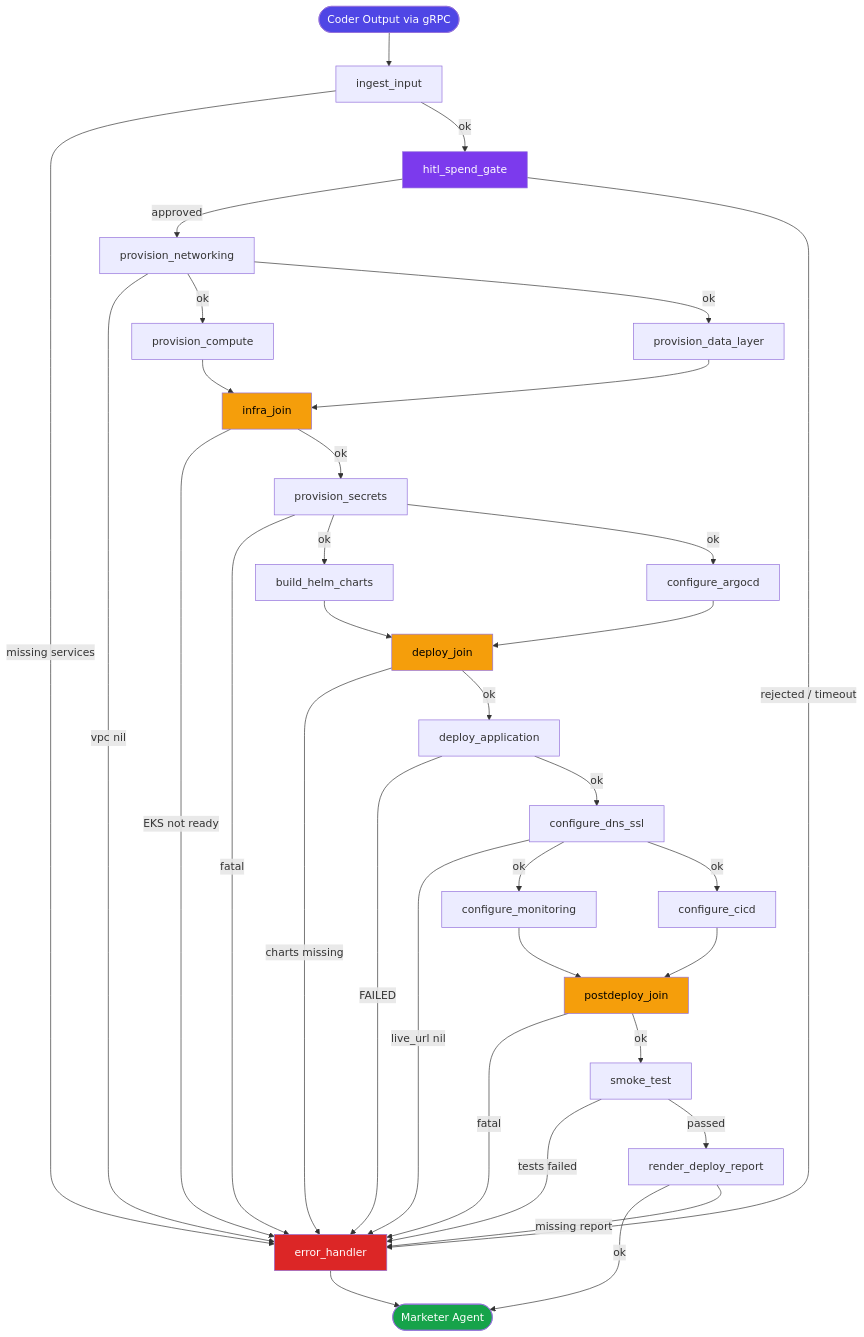
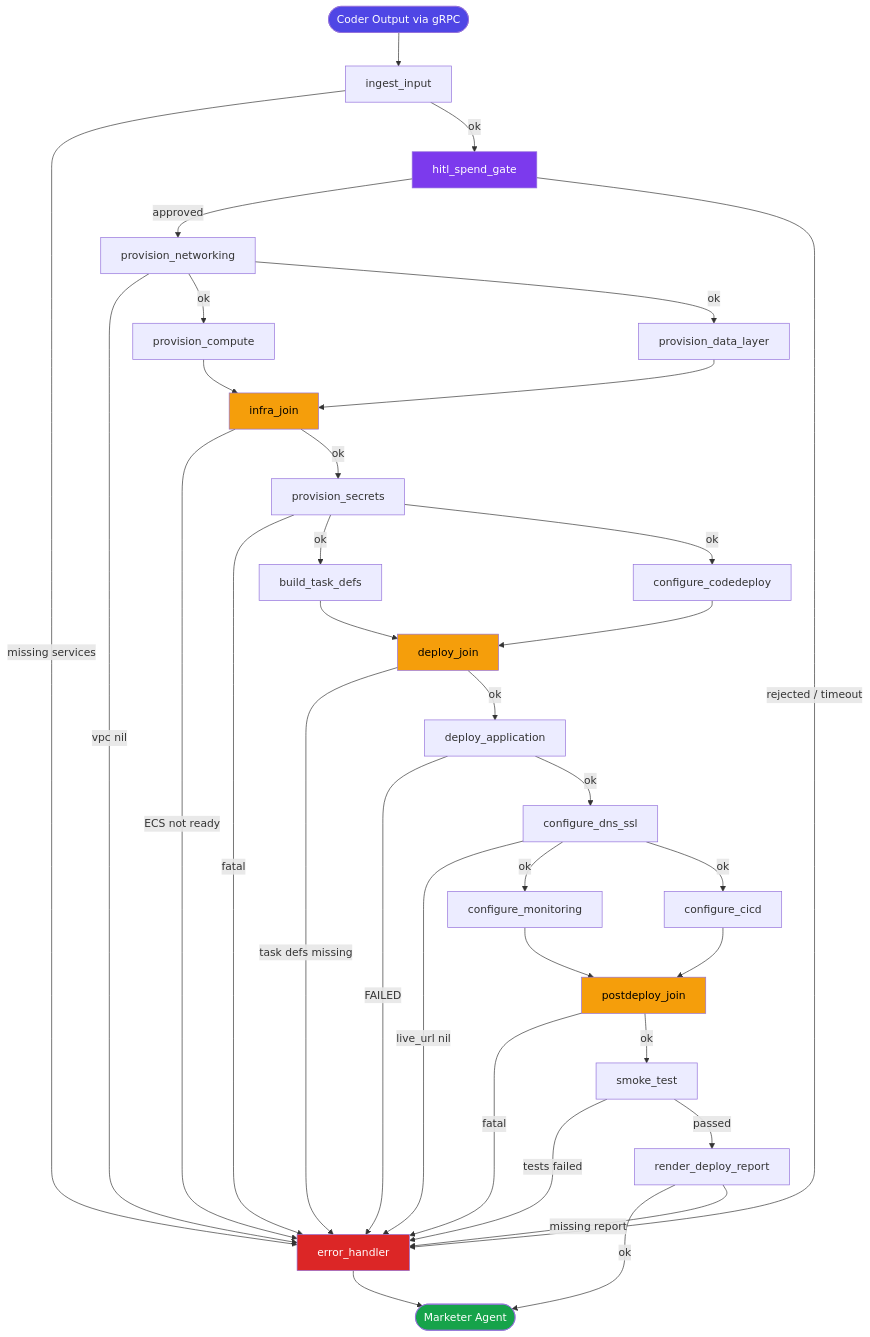
Before and after one commit to kaushraj1/AutoFounder: the first of 5 diagrams in docs/architecture/Agents-Architecture/devops-agent.md, drawn with Mermaid. The commit also changed other lines of this file and 9 other files, not shown here.

First line of the commit message:
refactor(docs): migrate docs/architecture to the canonical stack

````diff
--- a/docs/architecture/Agents-Architecture/devops-agent.md
+++ b/docs/architecture/Agents-Architecture/devops-agent.md
@@ -711,56 +711,56 @@
 ```mermaid
 flowchart TD
     START([Coder Output via gRPC]) --> ingest_input
 
     ingest_input -->|missing services| error_handler
     ingest_input -->|ok| hitl_spend_gate
 
     hitl_spend_gate -->|approved| provision_networking
     hitl_spend_gate -->|rejected / timeout| error_handler
 
     provision_networking -->|vpc nil| error_handler
     provision_networking -->|ok| provision_compute & provision_data_layer
 
     provision_compute    --> infra_join
     provision_data_layer --> infra_join
 
-    infra_join -->|EKS not ready| error_handler
+    infra_join -->|ECS not ready| error_handler
     infra_join -->|ok| provision_secrets
 
     provision_secrets -->|fatal| error_handler
-    provision_secrets -->|ok| build_helm_charts & configure_argocd
+    provision_secrets -->|ok| build_task_defs & configure_codedeploy
 
-    build_helm_charts --> deploy_join
-    configure_argocd  --> deploy_join
+    build_task_defs      --> deploy_join
+    configure_codedeploy --> deploy_join
 
-    deploy_join -->|charts missing| error_handler
+    deploy_join -->|task defs missing| error_handler
     deploy_join -->|ok| deploy_application
 
     deploy_application -->|FAILED| error_handler
     deploy_application -->|ok| configure_dns_ssl
 
     configure_dns_ssl -->|live_url nil| error_handler
     configure_dns_ssl -->|ok| configure_monitoring & configure_cicd
 
     configure_monitoring --> postdeploy_join
     configure_cicd       --> postdeploy_join
 
     postdeploy_join -->|fatal| error_handler
     postdeploy_join -->|ok| smoke_test
 
     smoke_test -->|tests failed| error_handler
     smoke_test -->|passed| render_deploy_report
 
     render_deploy_report -->|ok| END([Marketer Agent])
     render_deploy_report -->|missing report| error_handler
 
     error_handler --> END
 
     style START           fill:#4f46e5,color:#fff
     style END             fill:#16a34a,color:#fff
     style error_handler   fill:#dc2626,color:#fff
     style hitl_spend_gate fill:#7c3aed,color:#fff
     style infra_join      fill:#f59e0b,color:#000
     style deploy_join     fill:#f59e0b,color:#000
     style postdeploy_join fill:#f59e0b,color:#000
 ```
````
